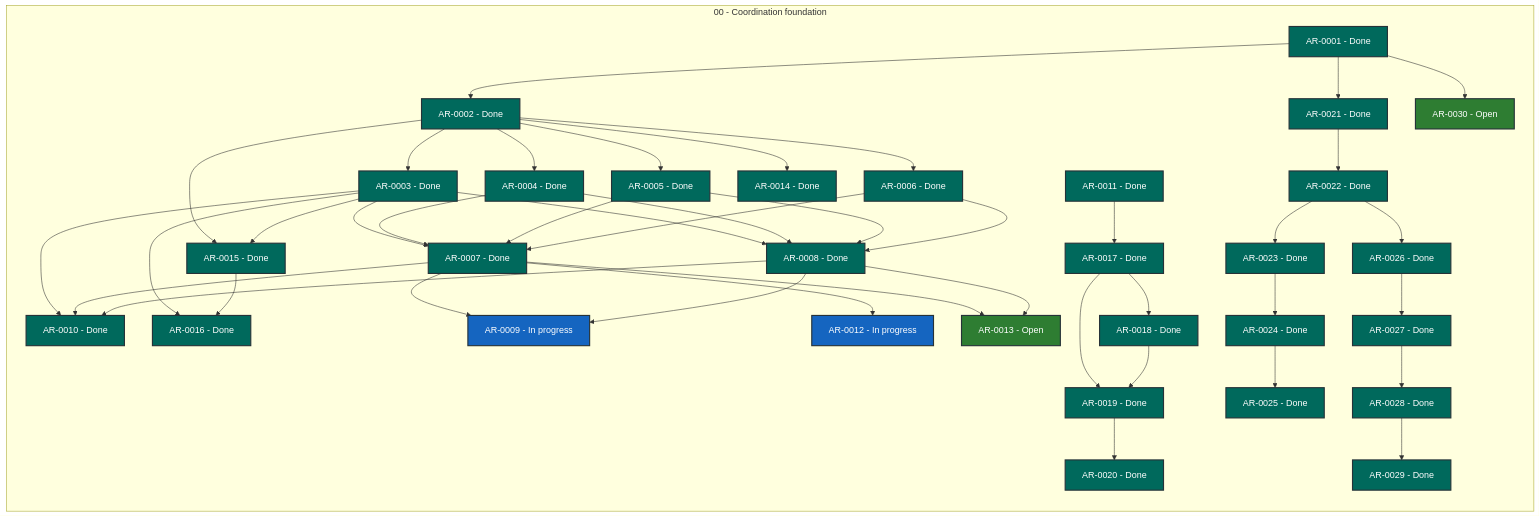
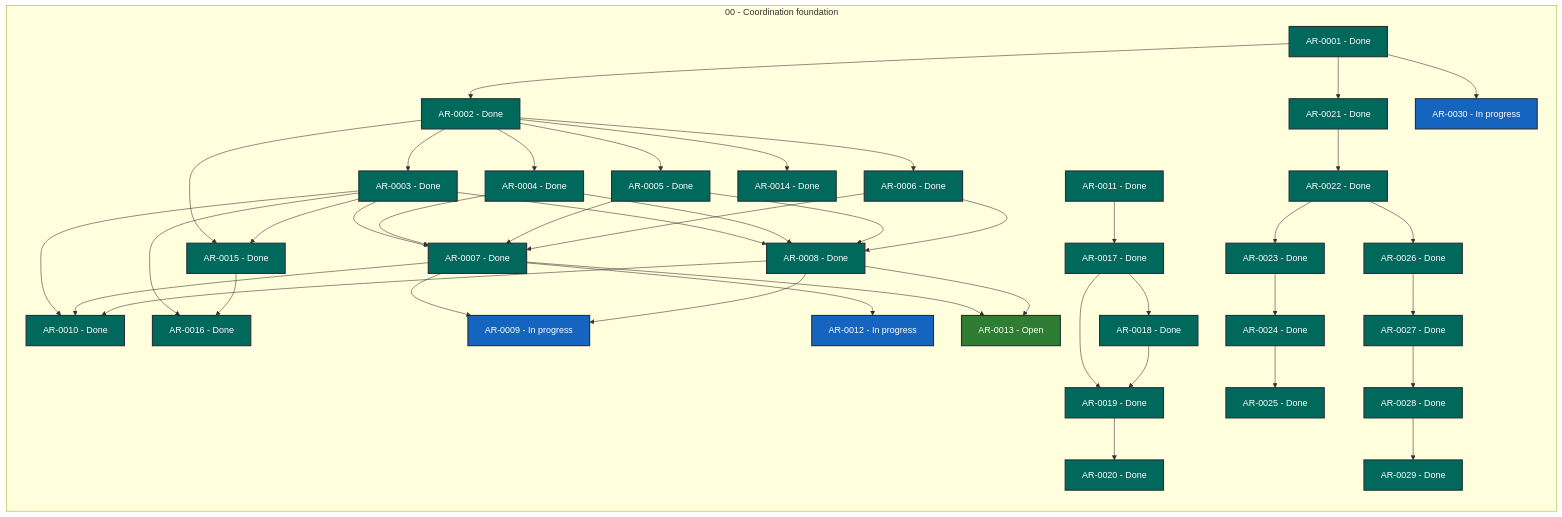
The diagram in STATUS.md (martin-beck/agent-workflow-coordinator-state), drawn with Mermaid before and after one commit. The commit also changed other lines of this file and 2 other files, not shown here.

```diff
--- a/STATUS.md
+++ b/STATUS.md
@@ -57,7 +57,7 @@
         AR_0027["AR-0027 - Done"]:::status_done
         AR_0028["AR-0028 - Done"]:::status_done
         AR_0029["AR-0029 - Done"]:::status_done
-        AR_0030["AR-0030 - Open"]:::status_open
+        AR_0030["AR-0030 - In progress"]:::status_in_progress
     end
     AR_0001 --> AR_0002
     AR_0001 --> AR_0021
```
